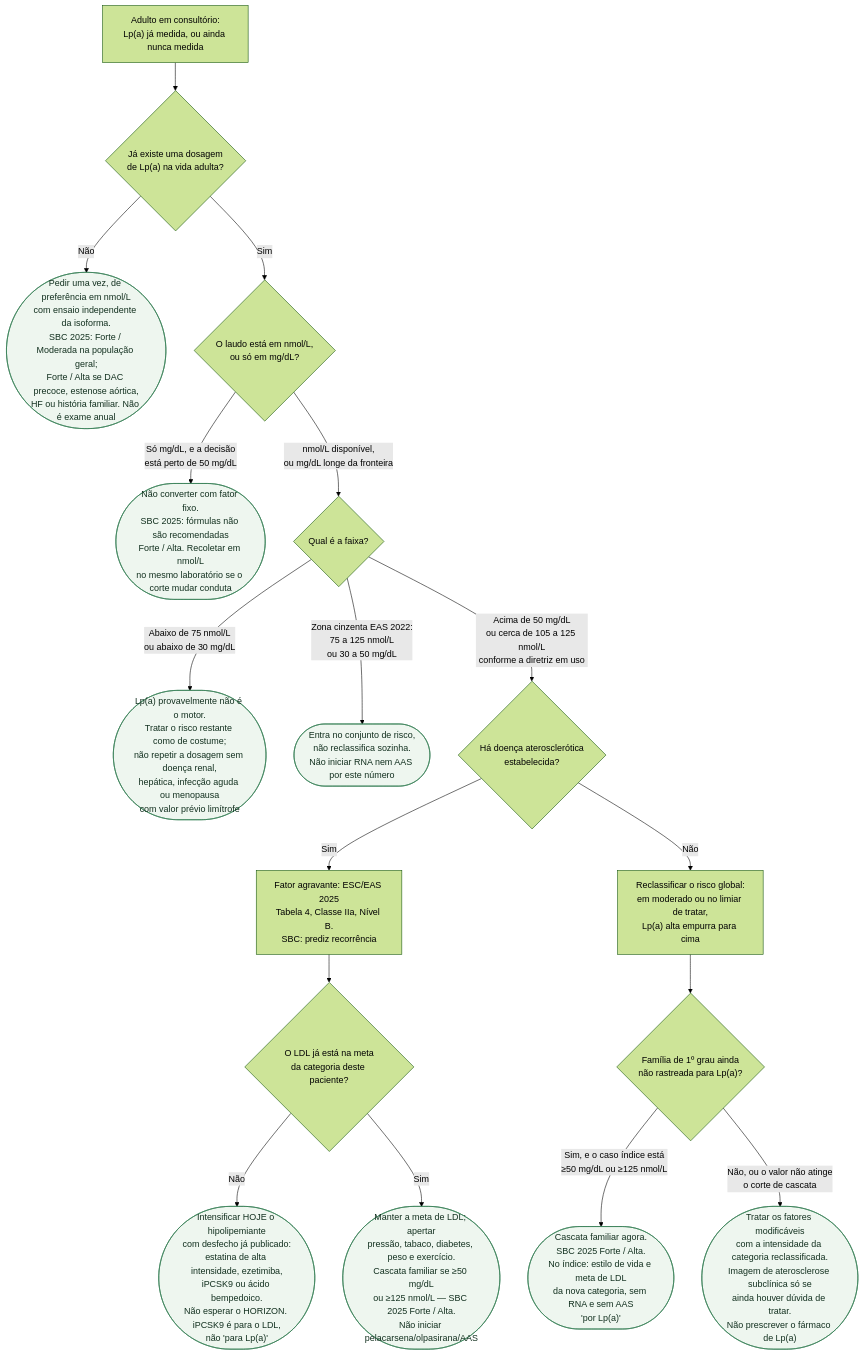
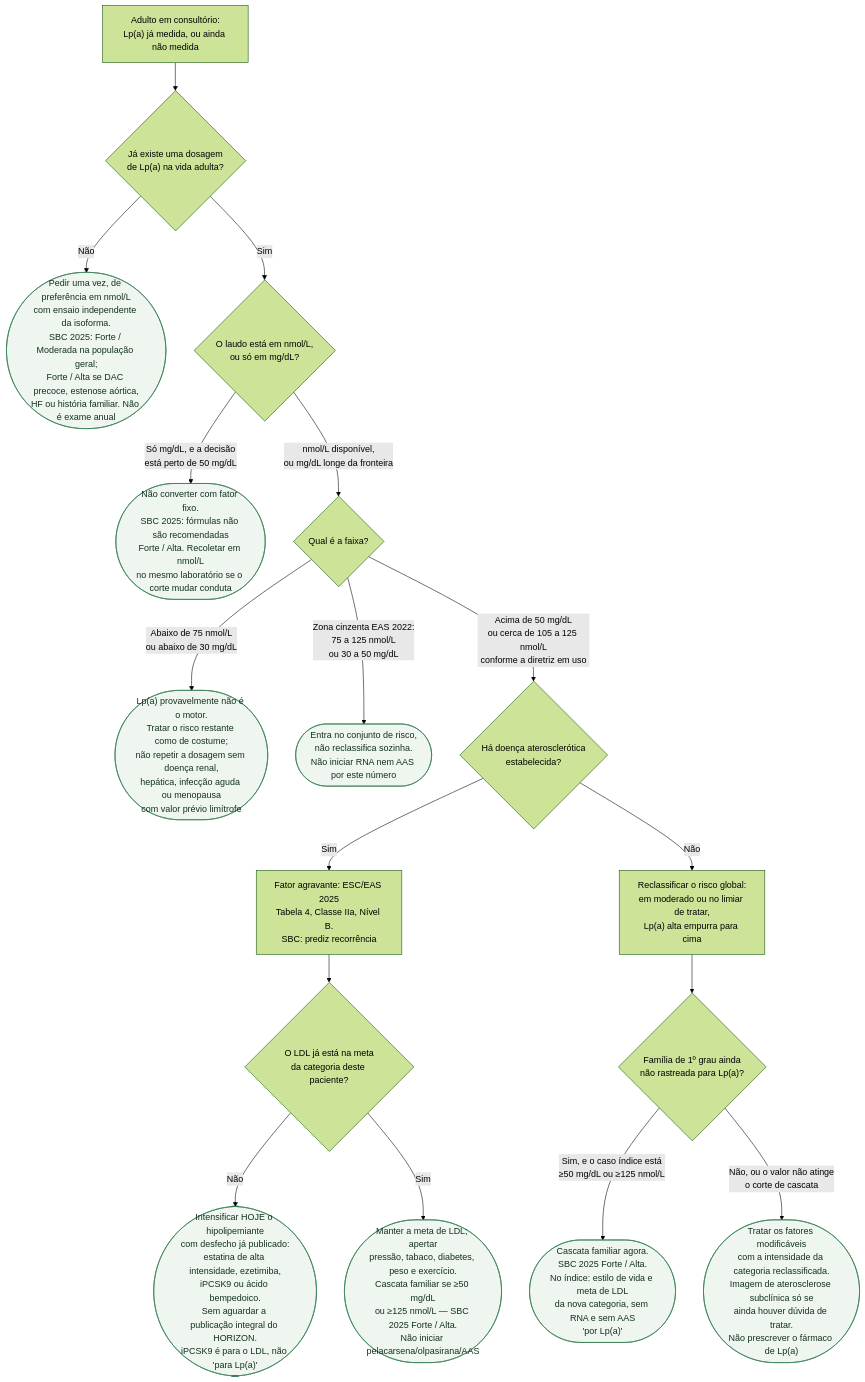
One commit to rafaelpaesmeirelles/MeuCardio changed the diagram in content/Prevenção_e_lipídios/fluxograma-lpa-elevada-rastreio-risco-residual-e-o-que-nao-esperar-do-farmaco.md. Above: the diagram before and after it, drawn with Mermaid (forest theme). The commit also changed other lines of this file and 707 other files, not shown here.

````diff
--- a/content/Prevenção_e_lipídios/fluxograma-lpa-elevada-rastreio-risco-residual-e-o-que-nao-esperar-do-farmaco.md
+++ b/content/Prevenção_e_lipídios/fluxograma-lpa-elevada-rastreio-risco-residual-e-o-que-nao-esperar-do-farmaco.md
@@ -35,35 +38,35 @@
 ```mermaid
 flowchart TD
-  R0["Adulto em consultório:<br/>Lp(a) já medida, ou ainda nunca medida"] --> D1{"Já existe uma dosagem<br/>de Lp(a) na vida adulta?"}
+  R0["Adulto em consultório:<br/>Lp(a) já medida, ou ainda não medida"] --> D1{"Já existe uma dosagem<br/>de Lp(a) na vida adulta?"}
 
   D1 -->|"Não"| C1(["Pedir uma vez, de preferência em nmol/L<br/>com ensaio independente da isoforma.<br/>SBC 2025: Forte / Moderada na população geral;<br/>Forte / Alta se DAC precoce, estenose aórtica,<br/>HF ou história familiar. Não é exame anual"])
 
   D1 -->|"Sim"| D2{"O laudo está em nmol/L,<br/>ou só em mg/dL?"}
 
   D2 -->|"Só mg/dL, e a decisão<br/>está perto de 50 mg/dL"| C2(["Não converter com fator fixo.<br/>SBC 2025: fórmulas não são recomendadas<br/>Forte / Alta. Recoletar em nmol/L<br/>no mesmo laboratório se o corte mudar conduta"])
 
   D2 -->|"nmol/L disponível,<br/>ou mg/dL longe da fronteira"| D3{"Qual é a faixa?"}
 
   D3 -->|"Abaixo de 75 nmol/L<br/>ou abaixo de 30 mg/dL"| C3(["Lp(a) provavelmente não é o motor.<br/>Tratar o risco restante como de costume;<br/>não repetir a dosagem sem doença renal,<br/>hepática, infecção aguda ou menopausa<br/>com valor prévio limítrofe"])
 
   D3 -->|"Zona cinzenta EAS 2022:<br/>75 a 125 nmol/L<br/>ou 30 a 50 mg/dL"| C4(["Entra no conjunto de risco,<br/>não reclassifica sozinha.<br/>Não iniciar RNA nem AAS por este número"])
 
   D3 -->|"Acima de 50 mg/dL<br/>ou cerca de 105 a 125 nmol/L<br/>conforme a diretriz em uso"| D4{"Há doença aterosclerótica<br/>estabelecida?"}
 
   D4 -->|"Sim"| P1["Fator agravante: ESC/EAS 2025<br/>Tabela 4, Classe IIa, Nível B.<br/>SBC: prediz recorrência"]
   P1 --> D5{"O LDL já está na meta<br/>da categoria deste paciente?"}
 
-  D5 -->|"Não"| C5(["Intensificar HOJE o hipolipemiante<br/>com desfecho já publicado:<br/>estatina de alta intensidade, ezetimiba,<br/>iPCSK9 ou ácido bempedoico.<br/>Não esperar o HORIZON. iPCSK9 é para o LDL,<br/>não 'para Lp(a)'"])
+  D5 -->|"Não"| C5(["Intensificar HOJE o hipolipemiante<br/>com desfecho já publicado:<br/>estatina de alta intensidade, ezetimiba,<br/>iPCSK9 ou ácido bempedoico.<br/>Sem aguardar a publicação integral do HORIZON.<br/>iPCSK9 é para o LDL, não 'para Lp(a)'"])
 
   D5 -->|"Sim"| C6(["Manter a meta de LDL; apertar<br/>pressão, tabaco, diabetes, peso e exercício.<br/>Cascata familiar se ≥50 mg/dL<br/>ou ≥125 nmol/L — SBC 2025 Forte / Alta.<br/>Não iniciar pelacarsena/olpasirana/AAS"])
 
   D4 -->|"Não"| P2["Reclassificar o risco global:<br/>em moderado ou no limiar de tratar,<br/>Lp(a) alta empurra para cima"]
   P2 --> D6{"Família de 1º grau ainda<br/>não rastreada para Lp(a)?"}
 
   D6 -->|"Sim, e o caso índice está<br/>≥50 mg/dL ou ≥125 nmol/L"| C7(["Cascata familiar agora.<br/>SBC 2025 Forte / Alta.<br/>No índice: estilo de vida e meta de LDL<br/>da nova categoria, sem RNA e sem AAS<br/>'por Lp(a)'"])
 
   D6 -->|"Não, ou o valor não atinge<br/>o corte de cascata"| C8(["Tratar os fatores modificáveis<br/>com a intensidade da categoria reclassificada.<br/>Imagem de aterosclerose subclínica só se<br/>ainda houver dúvida de tratar.<br/>Não prescrever o fármaco de Lp(a)"])
 
   classDef conduta fill:#eef6ef,stroke:#2f7a4f,color:#12301f;
   class C1,C2,C3,C4,C5,C6,C7,C8 conduta;
 ```
````
